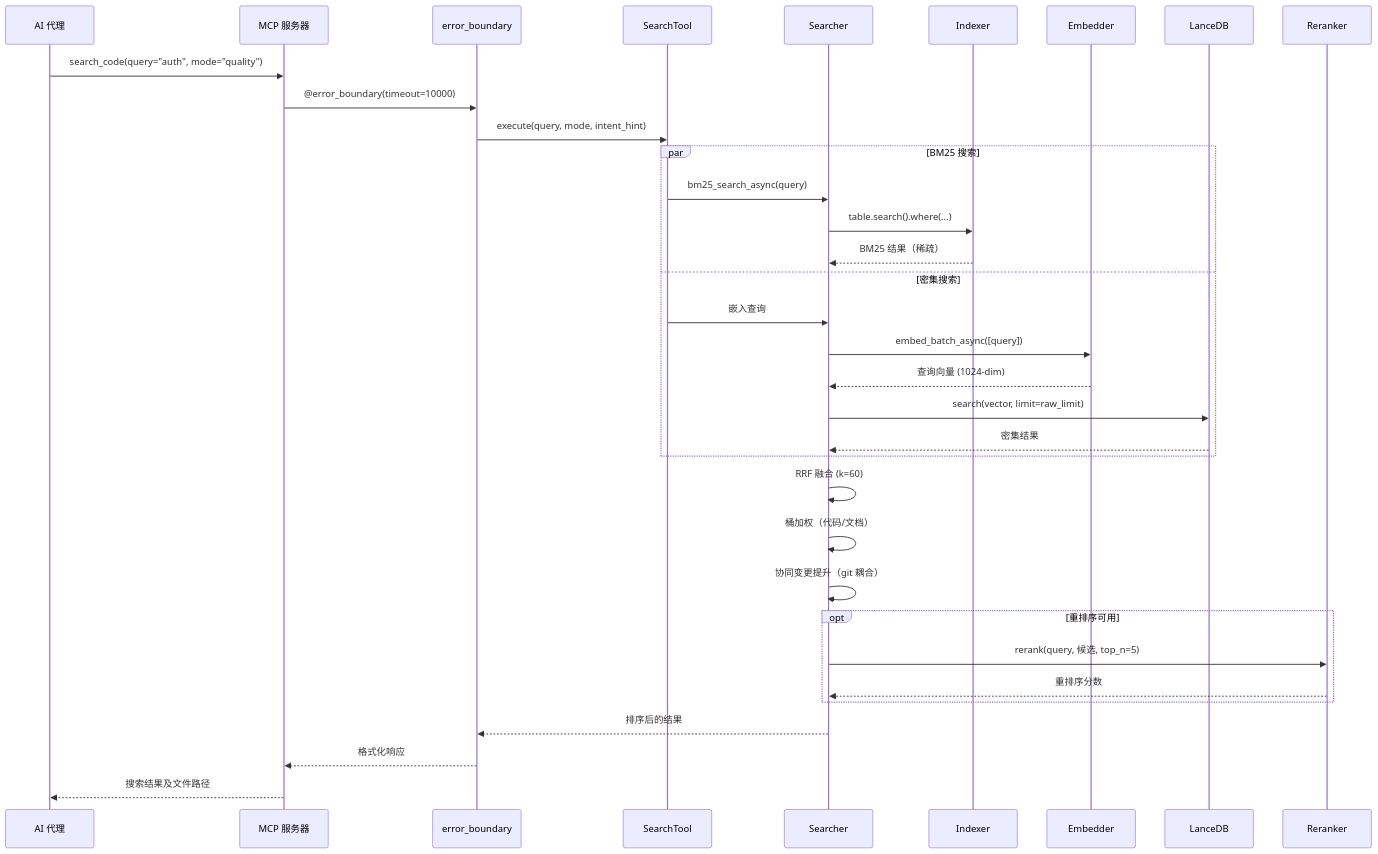
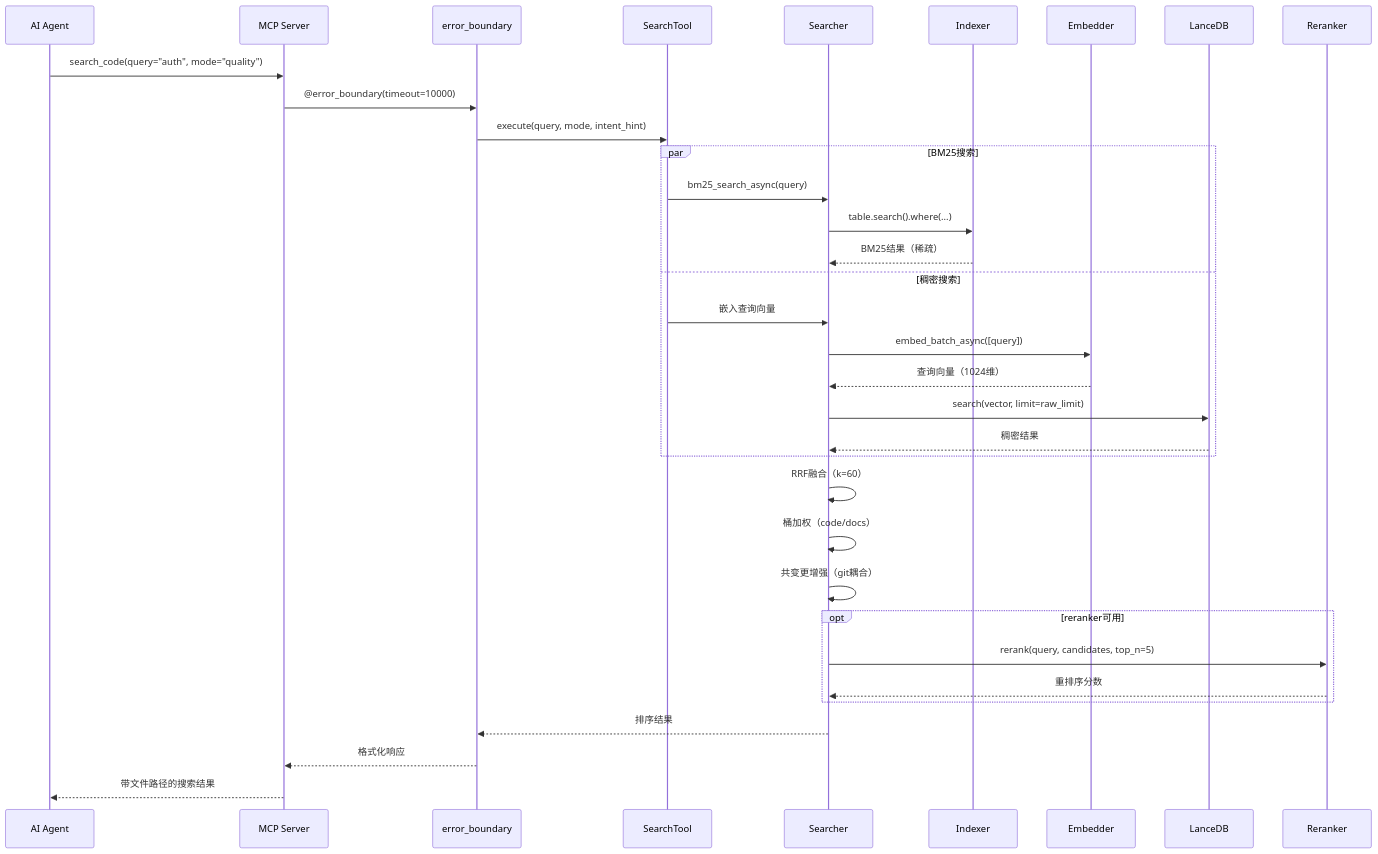
The third of 8 diagrams in docs/zh/ARCHITECTURE_DEEP.md (ManSio/mscodebase-intelligence), drawn with Mermaid before and after one commit. The commit also changed other lines of this file and 44 other files, not shown here.

````diff
--- a/docs/zh/ARCHITECTURE_DEEP.md
+++ b/docs/zh/ARCHITECTURE_DEEP.md
@@ -79,41 +79,41 @@
 ```mermaid
 sequenceDiagram
-    participant User as AI 代理
-    participant MCP as MCP 服务器
+    participant User as AI Agent
+    participant MCP as MCP Server
     participant EB as error_boundary
     participant ST as SearchTool
     participant S as Searcher
     participant I as Indexer
     participant E as Embedder
     participant DB as LanceDB
     participant R as Reranker
 
     User->>MCP: search_code(query="auth", mode="quality")
     MCP->>EB: @error_boundary(timeout=10000)
     EB->>ST: execute(query, mode, intent_hint)
     
-    par BM25 搜索
+    par BM25搜索
         ST->>S: bm25_search_async(query)
         S->>I: table.search().where(...)
-        I-->>S: BM25 结果（稀疏）
-    and 密集搜索
-        ST->>S: 嵌入查询
+        I-->>S: BM25结果（稀疏）
+    and 稠密搜索
+        ST->>S: 嵌入查询向量
         S->>E: embed_batch_async([query])
-        E-->>S: 查询向量 (1024-dim)
+        E-->>S: 查询向量（1024维）
         S->>DB: search(vector, limit=raw_limit)
-        DB-->>S: 密集结果
+        DB-->>S: 稠密结果
     end
     
-    S->>S: RRF 融合 (k=60)
-    S->>S: 桶加权（代码/文档）
-    S->>S: 协同变更提升（git 耦合）
+    S->>S: RRF融合（k=60）
+    S->>S: 桶加权（code/docs）
+    S->>S: 共变更增强（git耦合）
     
-    opt 重排序可用
-        S->>R: rerank(query, 候选, top_n=5)
+    opt reranker可用
+        S->>R: rerank(query, candidates, top_n=5)
         R-->>S: 重排序分数
     end
     
-    S-->>EB: 排序后的结果
+    S-->>EB: 排序结果
     EB-->>MCP: 格式化响应
-    MCP-->>User: 搜索结果及文件路径
+    MCP-->>User: 带文件路径的搜索结果
 ```
````
